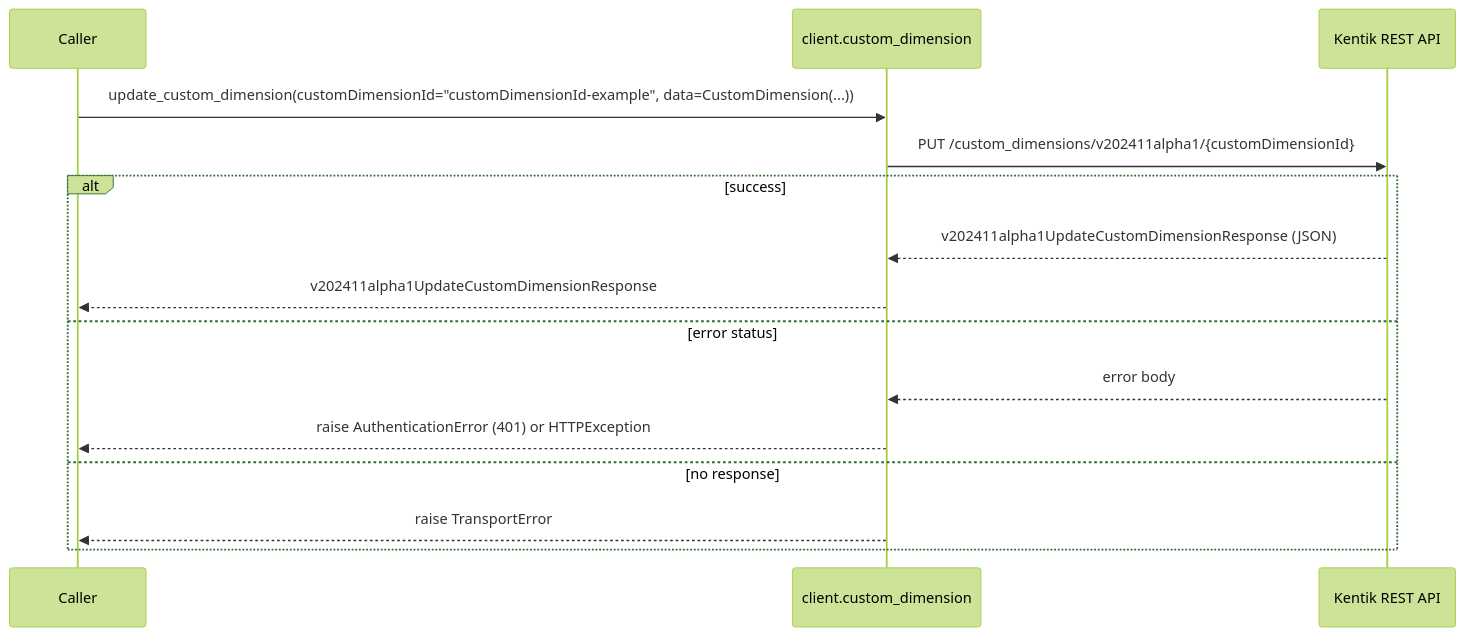
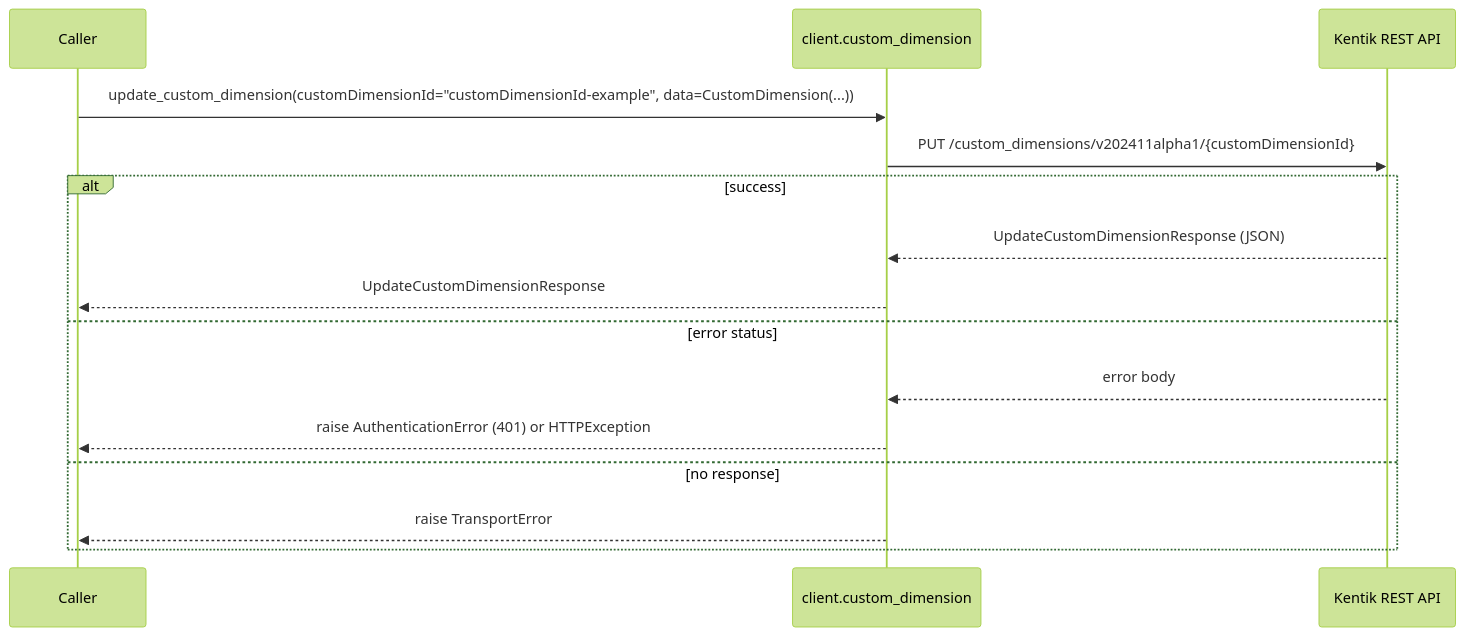
The sixth of 22 diagrams in docs/sphinx/services/custom_dimension.md (alexdearaujo/community_sdk_python), drawn with Mermaid (forest theme) before and after one commit. The commit also changed other lines of this file and 38 other files, not shown here.

````diff
--- a/docs/sphinx/services/custom_dimension.md
+++ b/docs/sphinx/services/custom_dimension.md
@@ -182,18 +182,18 @@
 ```mermaid
 sequenceDiagram
     participant C as Caller
     participant W as client.custom_dimension
     participant API as Kentik REST API
 
     C->>W: update_custom_dimension(customDimensionId="customDimensionId-example", data=CustomDimension(...))
     W->>API: PUT /custom_dimensions/v202411alpha1/{customDimensionId}
     alt success
-        API-->>W: v202411alpha1UpdateCustomDimensionResponse (JSON)
-        W-->>C: v202411alpha1UpdateCustomDimensionResponse
+        API-->>W: UpdateCustomDimensionResponse (JSON)
+        W-->>C: UpdateCustomDimensionResponse
     else error status
         API-->>W: error body
         W-->>C: raise AuthenticationError (401) or HTTPException
     else no response
         W-->>C: raise TransportError
     end
 ```
````
